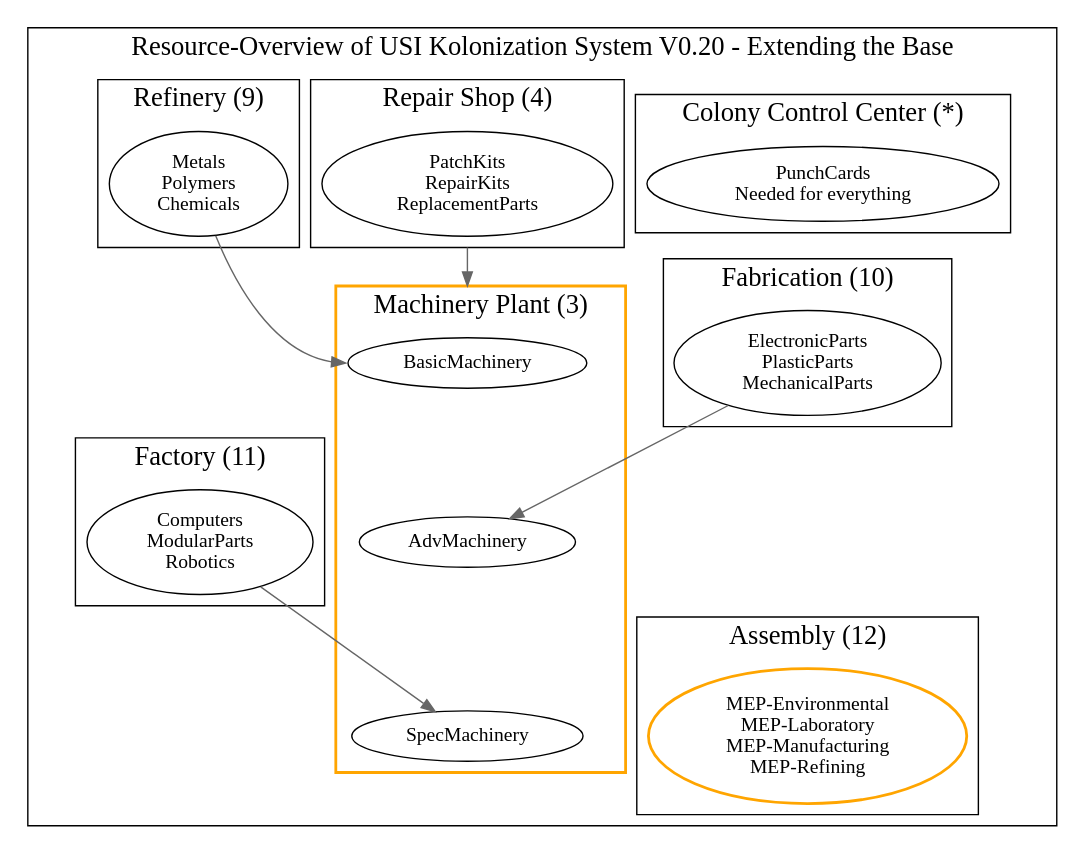
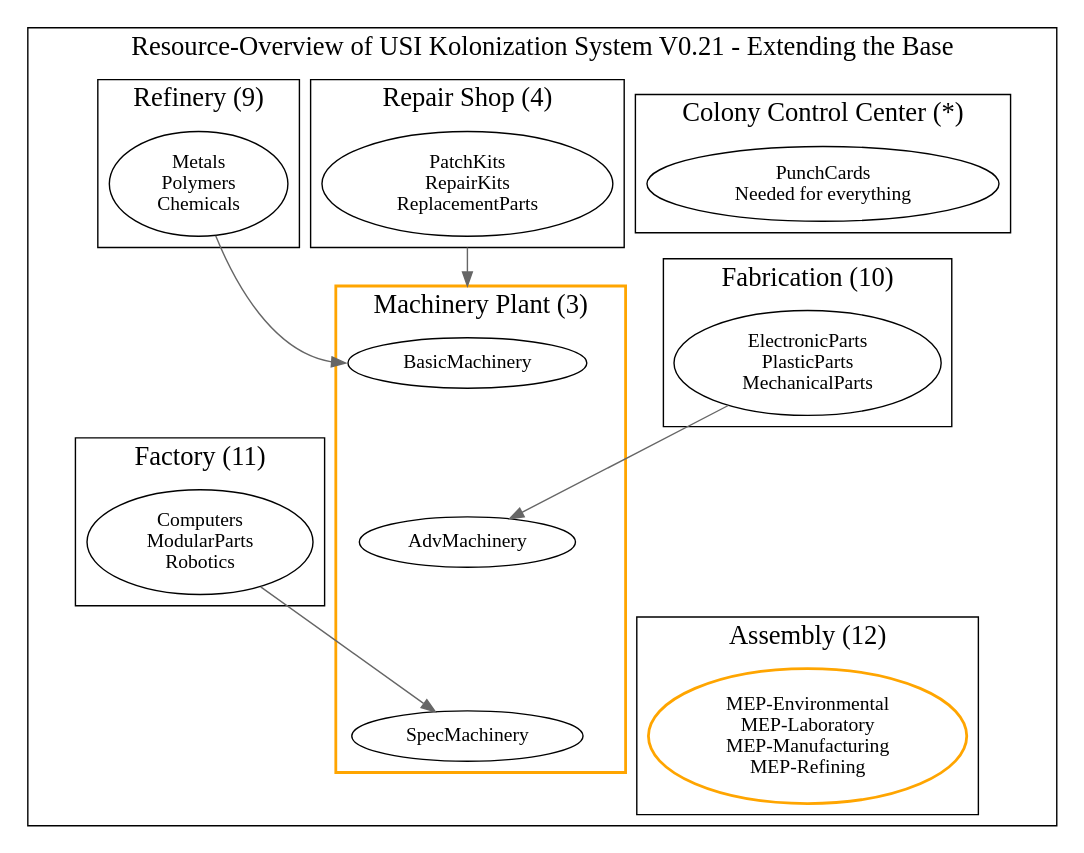
Before and after one commit to mhoram-kerbin/USI-Kolonization-Systems-Resources: the diagram in Extending.dot, drawn with Graphviz. The commit also changed 2 other files, not shown here.

Commit message:
Updated Graphs to 0.21

```diff
--- a/Extending.dot
+++ b/Extending.dot
@@ -1,74 +1,74 @@
 /* -*- coding: utf-8; -*-
 Overview over USI Kolonization System Resources
 Copyright 2014 By Mhoram
 
 This Work may be distributed under the Creative Commons
 Attribution-NonCommercial-ShareAlike 4.0 International License.
 
 */
 
 # dot -Tpdf -o Extending.pdf Extending.dot
 # dot -Tpng -o Resources.png Resources.dot
 
 digraph Resources {
     compound=true;
 
     subgraph clusterEXTENSION {
-        graph [label="Resource-Overview of USI Kolonization System V0.20 - Extending the Base" fontsize=19];
+        graph [label="Resource-Overview of USI Kolonization System V0.21 - Extending the Base" fontsize=19];
 
 
         subgraph clusterCCCE {
             label="Colony Control Center (*)";
             CommandE [label="PunchCards\nNeeded for everything"];
         }
 
         subgraph clusterRepairE {
             label="Repair Shop (4)";
             RepairKitsE [label="PatchKits\nRepairKits\nReplacementParts"];
         }
 
 
         subgraph clusterRefineryE {
             label="Refinery (9)";
             PolymersE [label="Metals\nPolymers\nChemicals"];
         }
 
         subgraph clusterFabricationE {
             label="Fabrication (10)"
             PlasticPartsE [label="ElectronicParts\nPlasticParts\nMechanicalParts"];
         }
 
         subgraph clusterFactoryE {
             label="Factory (11)"
             ComputersE [label="Computers\nModularParts\nRobotics"];
         }
 
         subgraph clusterAssemblyE {
             label="Assembly (12)"
             AssemblyE [label="MEP-Environmental\nMEP-Laboratory\nMEP-Manufacturing\nMEP-Refining", color="orange",penwidth=2];
         }
 
         subgraph clusterMachinery {
             label="Machinery Plant (3)";
             color="orange";penwidth=2;
             BasicMachinery;
             AdvMachinery;
             SpecMachinery;
             BasicMachinery -> AdvMachinery -> SpecMachinery [style=invisible,arrowhead=none,weight=10];
         }
 
         edge [color="#666666"];
 
         RepairKitsE -> BasicMachinery [lhead=clusterMachinery; ltail=clusterRepairE,weight=10];
 
         PolymersE -> BasicMachinery[headport=w];
         PlasticPartsE -> AdvMachinery;
         ComputersE -> SpecMachinery;
         CommandE -> PlasticPartsE [style=invisible,arrowhead=none];
         BasicMachinery -> ComputersE [style=invisible,arrowhead=none];
         PlasticPartsE -> AssemblyE [style=invisible,arrowhead=none];
         PolymersE -> ComputersE [style=invisible,arrowhead=none];
         AdvMachinery -> AssemblyE [style=invisible,arrowhead=none];
     }
 
 }
```
